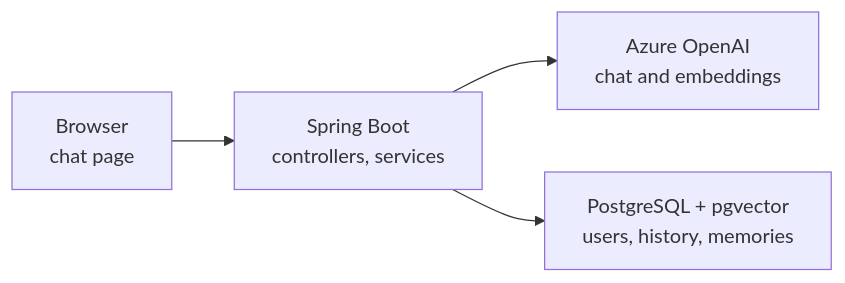
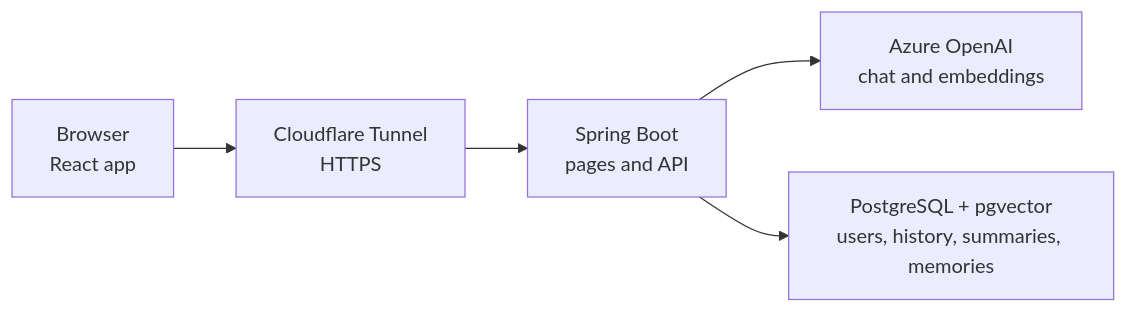
The diagram in README.md (IgnjatRadojicic/JavaChat), drawn with Mermaid before and after one commit. The commit also changed other lines of this file and 1 other file, not shown here.

````diff
--- a/README.md
+++ b/README.md
@@ -53,6 +66,7 @@
 ```mermaid
 flowchart LR
-    Browser["Browser<br/>chat page"] --> App["Spring Boot<br/>controllers, services"]
+    Browser["Browser<br/>React app"] --> Tunnel["Cloudflare Tunnel<br/>HTTPS"]
+    Tunnel --> App["Spring Boot<br/>pages and API"]
     App --> Azure["Azure OpenAI<br/>chat and embeddings"]
-    App --> DB["PostgreSQL + pgvector<br/>users, history, memories"]
+    App --> DB["PostgreSQL + pgvector<br/>users, history, summaries, memories"]
 ```
````
